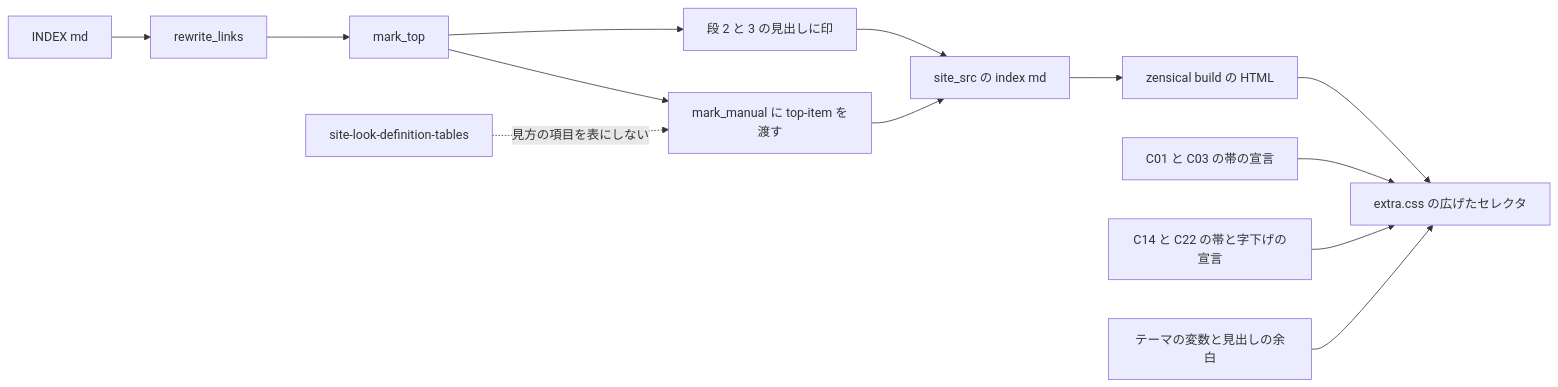
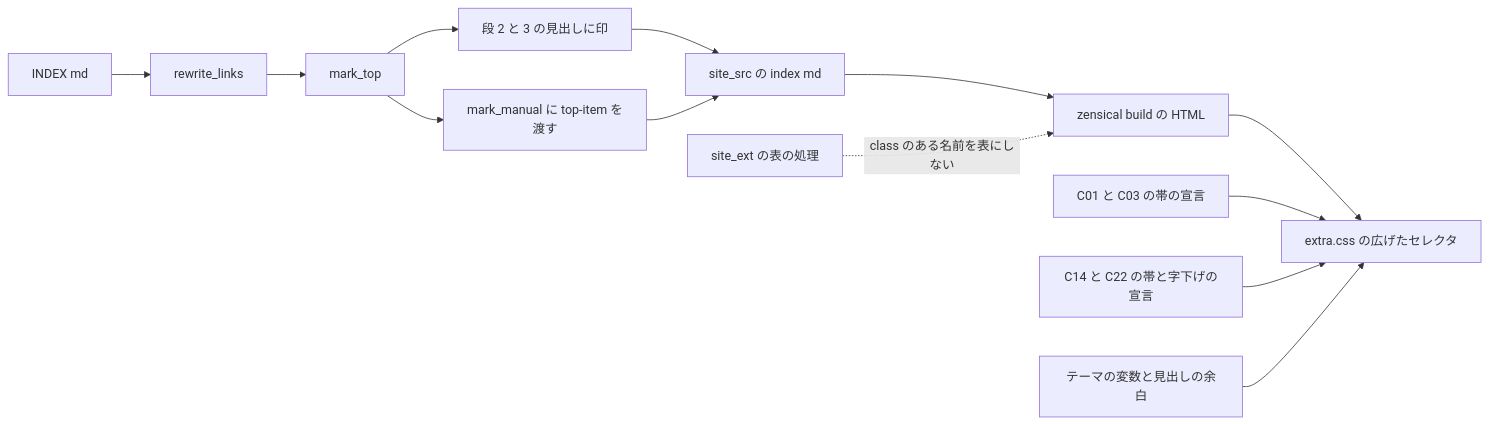
Before and after one commit to ekicyou/doc_edit: the first of 2 diagrams in .kiro/specs/site-look-top-page/design.md, drawn with Mermaid. The commit also changed other lines of this file and 3 other files, not shown here.

First line of the commit message:
docs(site-look-top-page): ukadoc-spec の 1080225 に要件・設計・タスクを合わせる

````diff
--- a/.kiro/specs/site-look-top-page/design.md
+++ b/.kiro/specs/site-look-top-page/design.md
@@ -67,15 +69,15 @@
 ```mermaid
 graph LR
     Index[INDEX md] --> Rewrite[rewrite_links]
     Rewrite --> MarkTop[mark_top]
     MarkTop --> Headings[段 2 と 3 の見出しに印]
     MarkTop --> MarkManual[mark_manual に top-item を渡す]
     Headings --> Src[site_src の index md]
     MarkManual --> Src
     Src --> Html[zensical build の HTML]
     Html --> Css[extra.css の広げたセレクタ]
     C01[C01 と C03 の帯の宣言] --> Css
     C14[C14 と C22 の帯と字下げの宣言] --> Css
     Theme[テーマの変数と見出しの余白] --> Css
-    DefTables[site-look-definition-tables] -.見方の項目を表にしない.-> MarkManual
+    DefTables[site_ext の表の処理] -.class のある名前を表にしない.-> Html
 ```
````
